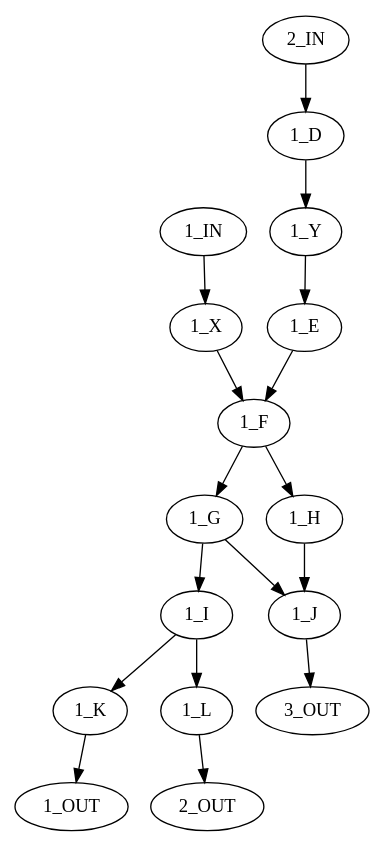
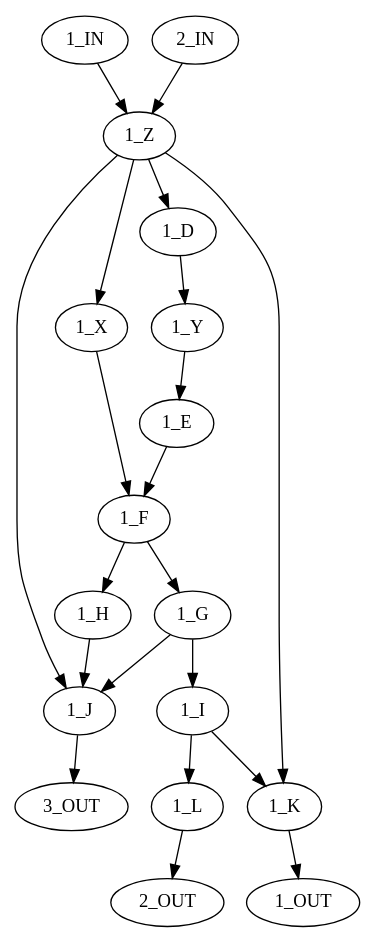
Before and after one commit to uwpktngiengo/DAGmodifier: the diagram in theOutputFile.dot, drawn with Graphviz. The commit also changed 7 other files, not shown here.

```diff
--- a/theOutputFile.dot
+++ b/theOutputFile.dot
@@ -1,35 +1,40 @@
 digraph D {
   "1_IN"
   "2_IN"
   "1_D"
   "1_E"
   "1_F"
   "1_G"
   "1_H"
   "1_I"
   "1_J"
   "1_K"
   "1_L"
   "1_OUT"
   "2_OUT"
   "3_OUT"
+  "1_Z"
   "1_X"
   "1_Y"
 
-  "1_IN" -> "1_X"
-  "2_IN" -> "1_D"
+  "1_IN" -> "1_Z"
+  "2_IN" -> "1_Z"
   "1_D" -> "1_Y"
   "1_E" -> "1_F"
   "1_F" -> "1_G"
   "1_F" -> "1_H"
   "1_G" -> "1_I"
   "1_G" -> "1_J"
   "1_H" -> "1_J"
   "1_I" -> "1_K"
   "1_I" -> "1_L"
   "1_J" -> "3_OUT"
   "1_K" -> "1_OUT"
   "1_L" -> "2_OUT"
+  "1_Z" -> "1_K"
+  "1_Z" -> "1_J"
+  "1_Z" -> "1_D"
+  "1_Z" -> "1_X"
   "1_X" -> "1_F"
   "1_Y" -> "1_E"
 }
```
